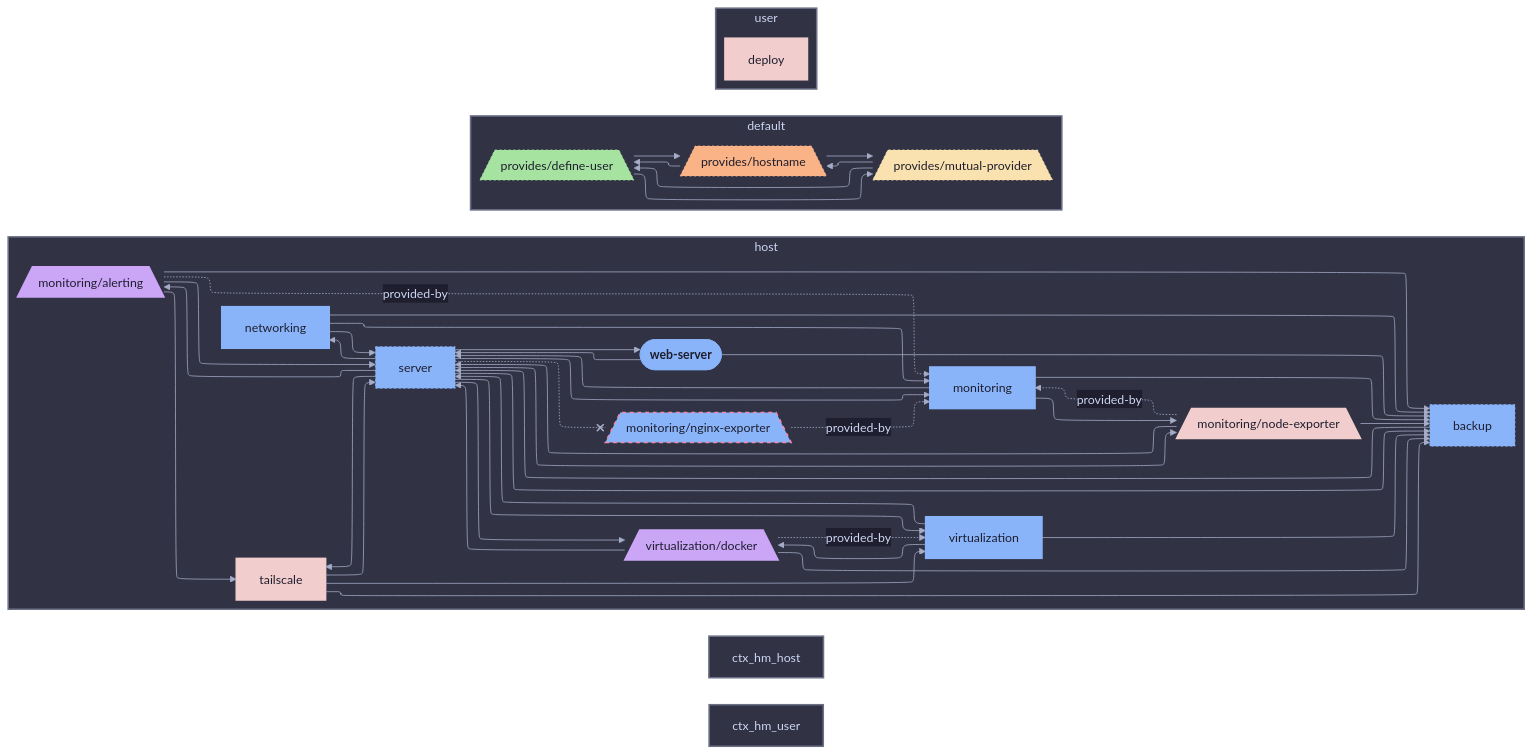
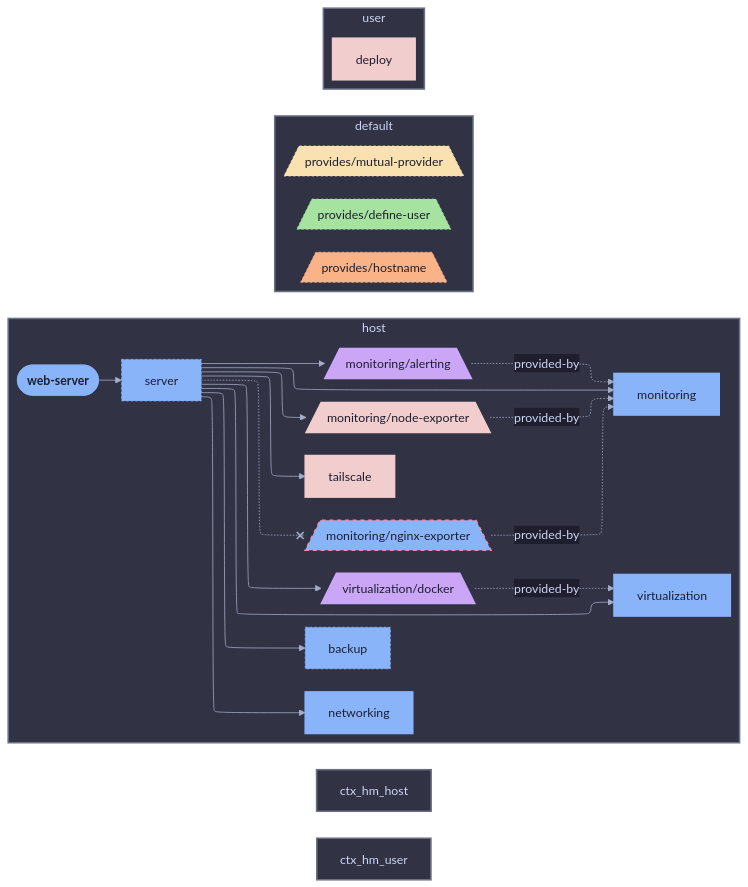
Before and after one commit to sini/den: the diagram in templates/diag-fx-demo/diagrams/web-server-has-aspect-hm.md, drawn with Mermaid. The commit also changed 849 other files, not shown here.

Commit message:
chore: update fx diagrams

```diff
--- a/templates/diag-fx-demo/diagrams/web-server-has-aspect-hm.md
+++ b/templates/diag-fx-demo/diagrams/web-server-has-aspect-hm.md
@@ -18,28 +18,8 @@
   server["server"]:::server_c
   tailscale["tailscale"]:::tailscale_c
   virtualization["virtualization"]:::virtualization_c
-  backup --> server
-  monitoring --> backup
-  monitoring__alerting --> backup
-  monitoring__node_exporter --> backup
-  networking --> backup
+  server --> monitoring__alerting
   server --> backup
-  tailscale --> backup
-  virtualization --> backup
-  virtualization__docker --> backup
-  web_server --> backup
-  monitoring --> server
-  monitoring__alerting --> server
-  monitoring__node_exporter --> server
-  networking --> server
-  tailscale --> server
-  virtualization --> server
-  virtualization__docker --> server
-  web_server --> server
-  monitoring --> monitoring__node_exporter
-  monitoring__alerting --> tailscale
-  networking --> monitoring
-  server --> monitoring__alerting
   server --> virtualization__docker
   server --> monitoring
   server --> networking
@@ -47,9 +27,7 @@
   server --> monitoring__node_exporter
   server --> tailscale
   server --> virtualization
-  server --> web_server
-  tailscale --> virtualization
-  virtualization --> virtualization__docker
+  web_server --> server
   monitoring__node_exporter -.->|provided-by| monitoring
   monitoring__nginx_exporter -.->|provided-by| monitoring
   monitoring__alerting -.->|provided-by| monitoring
@@ -59,12 +37,7 @@
   den__provides__define_user[/"provides/define-user"\]:::den__provides__define_user_c
   den__provides__hostname[/"provides/hostname"\]:::den__provides__hostname_c
   den__provides__mutual_provider[/"provides/mutual-provider"\]:::den__provides__mutual_provider_c
-  den__provides__mutual_provider --> den__provides__define_user
-  den__provides__mutual_provider --> den__provides__hostname
-  den__provides__hostname --> den__provides__define_user
-  den__provides__define_user --> den__provides__hostname
-  den__provides__define_user --> den__provides__mutual_provider
-  den__provides__hostname --> den__provides__mutual_provider
+
   end
   subgraph ctx_user["user"]
   deploy["deploy"]:::deploy_c
@@ -87,7 +60,7 @@
   classDef server_c fill:#89b4fa,stroke:#89b4fa,color:#1e1e2e,stroke-dasharray: 3 3,stroke-width:1px
   classDef tailscale_c fill:#f2cdcd,stroke:#f2cdcd,color:#1e1e2e,stroke-width:2px
   classDef virtualization_c fill:#89b4fa,stroke:#89b4fa,color:#1e1e2e,stroke-width:2px
-  classDef web_server_c fill:#cba6f7,stroke:#cba6f7,color:#1e1e2e,stroke-width:3px
+  classDef web_server_c fill:#cba6f7,stroke:#cba6f7,color:#1e1e2e,stroke-width:2px
 style ctx_host fill:#313244,stroke:#6c7086,stroke-width:2px
 style ctx_default fill:#313244,stroke:#6c7086,stroke-width:2px
 style ctx_hm_host fill:#313244,stroke:#6c7086,stroke-width:2px
```
